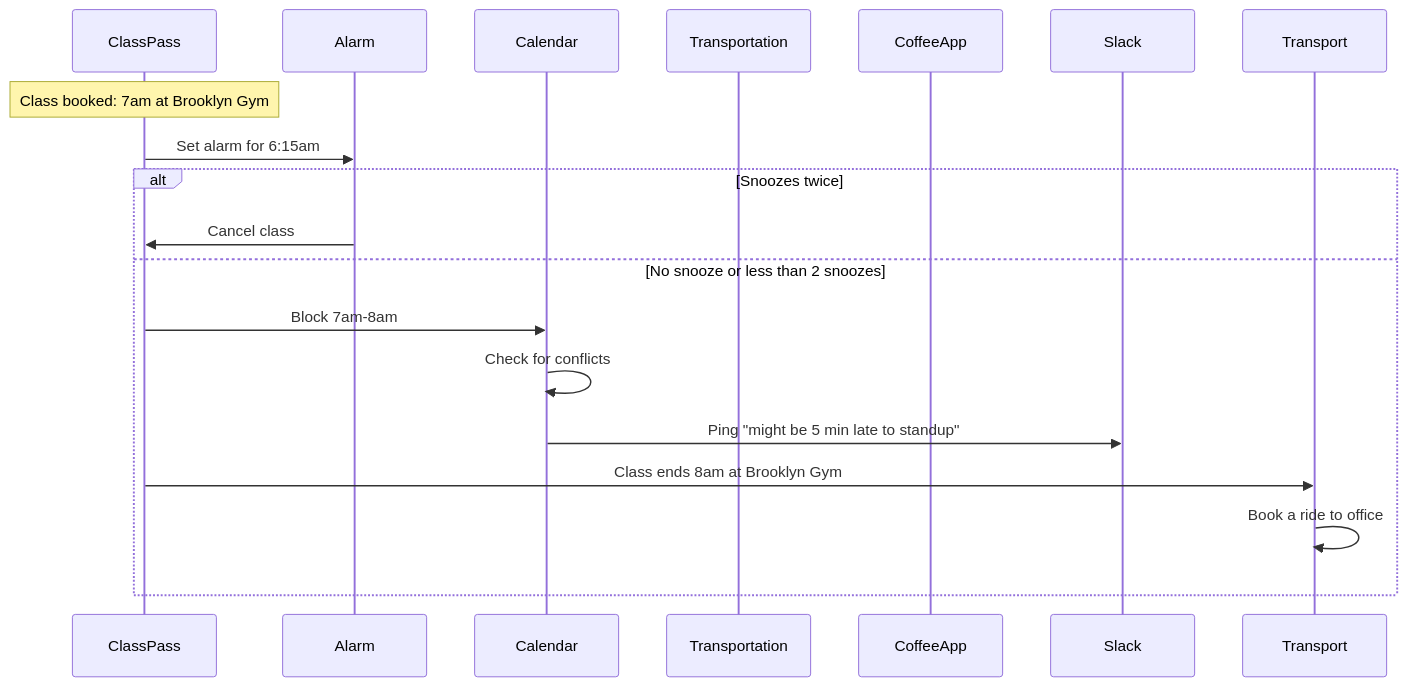
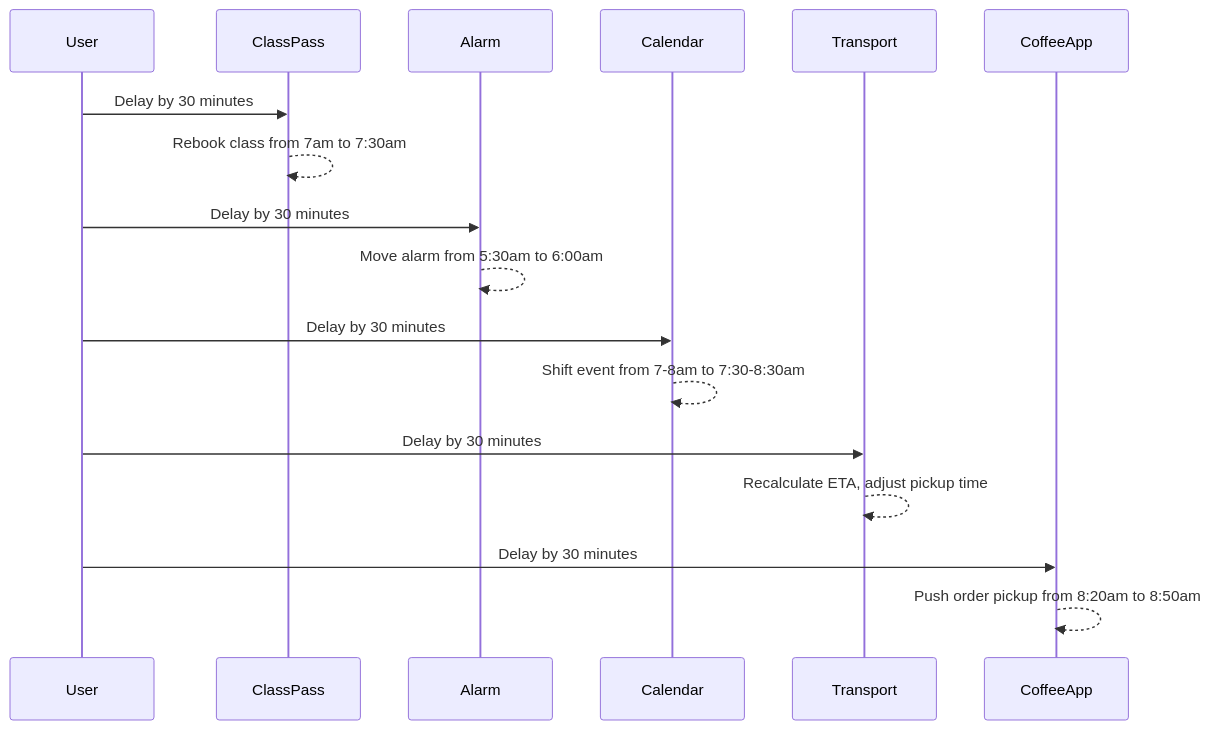
The fifth of 5 diagrams in examples/personal-assistant.md (asafam/programmable-online-llm-objects), drawn with Mermaid before and after one commit. The commit also changed other lines of this file, not shown here.

````diff
--- a/examples/personal-assistant.md
+++ b/examples/personal-assistant.md
@@ -89,21 +109,24 @@
 ```mermaid
 sequenceDiagram
-    participant ClassPass
-    participant Alarm
-    participant Calendar
-    participant Transportation
-    participant CoffeeApp
-    participant Slack
+  participant User
+  participant ClassPass
+  participant Alarm
+  participant Calendar
+  participant Transport
+  participant CoffeeApp
 
-    Note over ClassPass: Class booked: 7am at Brooklyn Gym
-    ClassPass->>Alarm: Set alarm for 6:15am
-    alt Snoozes twice
-        Alarm->>ClassPass: Cancel class
-    else No snooze or less than 2 snoozes
-        ClassPass->>Calendar: Block 7am-8am
-        Calendar->>Calendar: Check for conflicts
-        Calendar->>Slack: Ping "might be 5 min late to standup"
-        ClassPass->>Transport: Class ends 8am at Brooklyn Gym
-        Transport->>Transport: Book a ride to office
-    end
+  User->>ClassPass: Delay by 30 minutes
+  ClassPass-->>ClassPass: Rebook class from 7am to 7:30am
+  
+  User->>Alarm: Delay by 30 minutes
+  Alarm-->>Alarm: Move alarm from 5:30am to 6:00am
+  
+  User->>Calendar: Delay by 30 minutes
+  Calendar-->>Calendar: Shift event from 7-8am to 7:30-8:30am 
+  
+  User->>Transport: Delay by 30 minutes
+  Transport-->>Transport: Recalculate ETA, adjust pickup time
+  
+  User->>CoffeeApp: Delay by 30 minutes
+  CoffeeApp-->>CoffeeApp: Push order pickup from 8:20am to 8:50am
 ```
````
